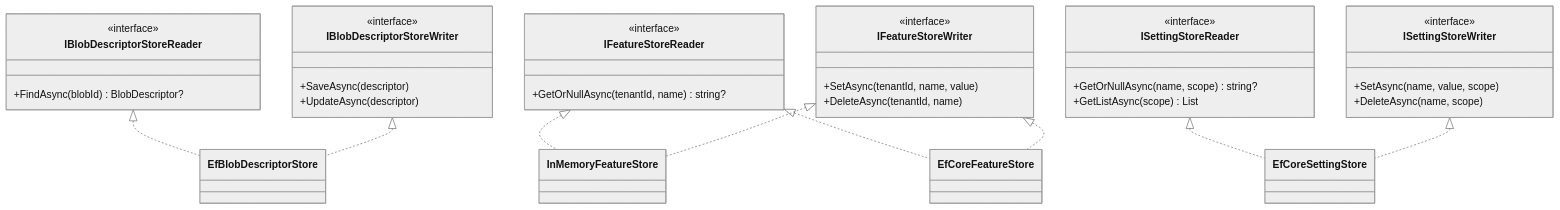
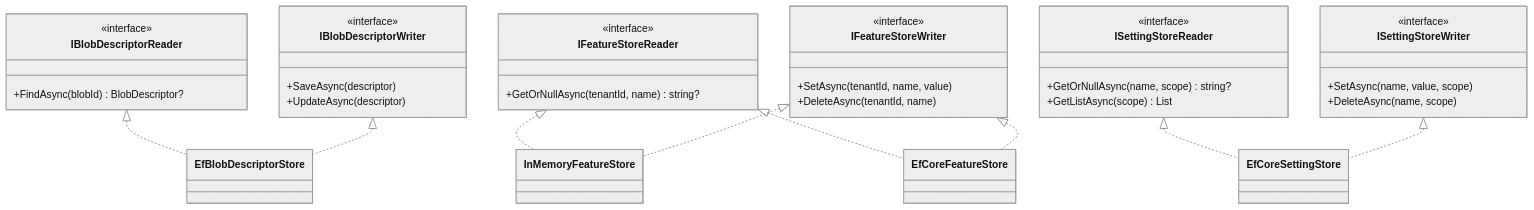
Before and after one commit to granit-fx/granit-docs: the diagram in src/content/docs/dotnet/architecture/patterns/repository.md, drawn with Mermaid (neutral theme). The commit also changed other lines of this file and 40 other files, not shown here.

First line of the commit message:
fix(docs): fix uncompilable calls, diagram types and dead source links

````diff
--- a/src/content/docs/dotnet/architecture/patterns/repository.md
+++ b/src/content/docs/dotnet/architecture/patterns/repository.md
@@ -20,50 +20,50 @@
 ```mermaid
 classDiagram
-    class IBlobDescriptorStoreReader {
+    class IBlobDescriptorReader {
         <<interface>>
         +FindAsync(blobId) BlobDescriptor?
     }
 
-    class IBlobDescriptorStoreWriter {
+    class IBlobDescriptorWriter {
         <<interface>>
         +SaveAsync(descriptor)
         +UpdateAsync(descriptor)
     }
 
     class IFeatureStoreReader {
         <<interface>>
         +GetOrNullAsync(tenantId, name) string?
     }
 
     class IFeatureStoreWriter {
         <<interface>>
         +SetAsync(tenantId, name, value)
         +DeleteAsync(tenantId, name)
     }
 
     class ISettingStoreReader {
         <<interface>>
         +GetOrNullAsync(name, scope) string?
         +GetListAsync(scope) List
     }
 
     class ISettingStoreWriter {
         <<interface>>
         +SetAsync(name, value, scope)
         +DeleteAsync(name, scope)
     }
 
     class EfBlobDescriptorStore
     class InMemoryFeatureStore
     class EfCoreFeatureStore
     class EfCoreSettingStore
 
-    IBlobDescriptorStoreReader <|.. EfBlobDescriptorStore
-    IBlobDescriptorStoreWriter <|.. EfBlobDescriptorStore
+    IBlobDescriptorReader <|.. EfBlobDescriptorStore
+    IBlobDescriptorWriter <|.. EfBlobDescriptorStore
     IFeatureStoreReader <|.. InMemoryFeatureStore
     IFeatureStoreWriter <|.. InMemoryFeatureStore
     IFeatureStoreReader <|.. EfCoreFeatureStore
     IFeatureStoreWriter <|.. EfCoreFeatureStore
     ISettingStoreReader <|.. EfCoreSettingStore
     ISettingStoreWriter <|.. EfCoreSettingStore
 ```
````
